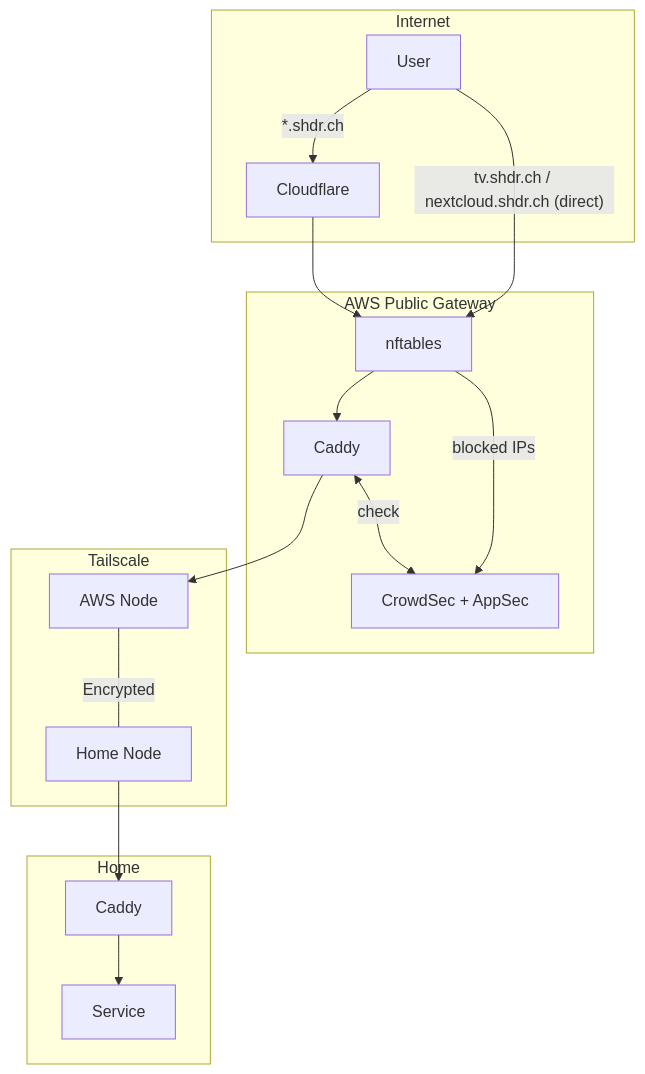
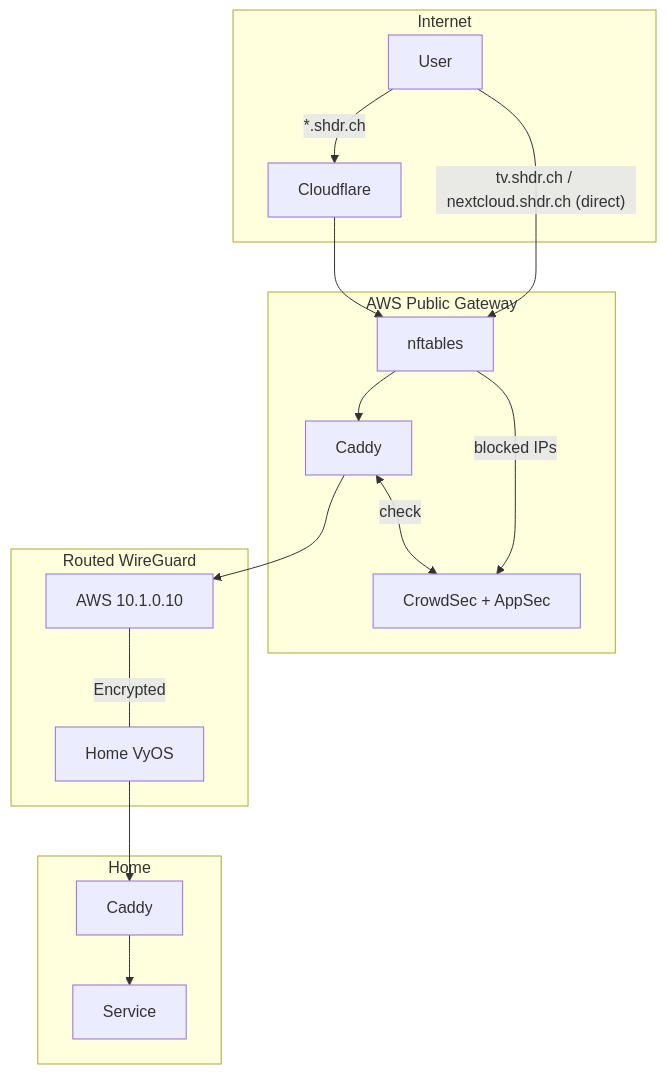
One commit to shedrachokonofua/aether changed the third of 4 diagrams in docs/networking.md. Above: the diagram before and after it, drawn with Mermaid. The commit also changed other lines of this file and 23 other files, not shown here.

````diff
--- a/docs/networking.md
+++ b/docs/networking.md
@@ -156,34 +156,34 @@
 ```mermaid
 graph TB
     subgraph Internet
         User[User]
         CF[Cloudflare]
     end
 
     subgraph AWS["AWS Public Gateway"]
         NFT[nftables]
         CAD1[Caddy]
         CS[CrowdSec + AppSec]
     end
 
-    subgraph Tailscale
-        TS1[AWS Node]
-        TS2[Home Node]
+    subgraph WireGuard["Routed WireGuard"]
+        WG1[AWS 10.1.0.10]
+        WG2[Home VyOS]
     end
 
     subgraph Home
         CAD2[Caddy]
         SVC[Service]
     end
 
     User -->|"*.shdr.ch"| CF
     User -->|"tv.shdr.ch / nextcloud.shdr.ch (direct)"| NFT
     CF --> NFT
     NFT -->|blocked IPs| CS
     NFT --> CAD1
     CAD1 <-->|check| CS
-    CAD1 --> TS1
-    TS1 ---|Encrypted| TS2
-    TS2 --> CAD2
+    CAD1 --> WG1
+    WG1 ---|Encrypted| WG2
+    WG2 --> CAD2
     CAD2 --> SVC
 ```
````
